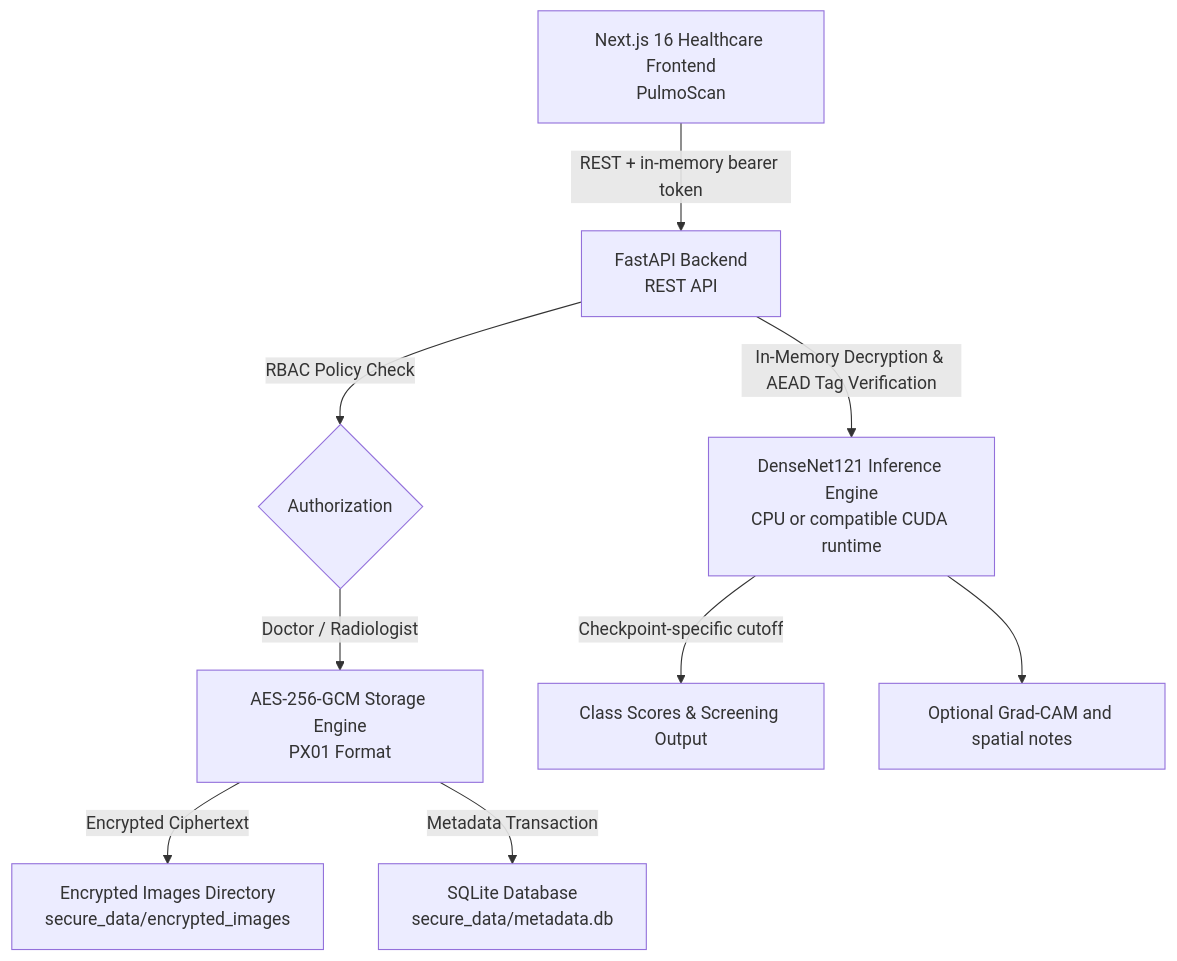
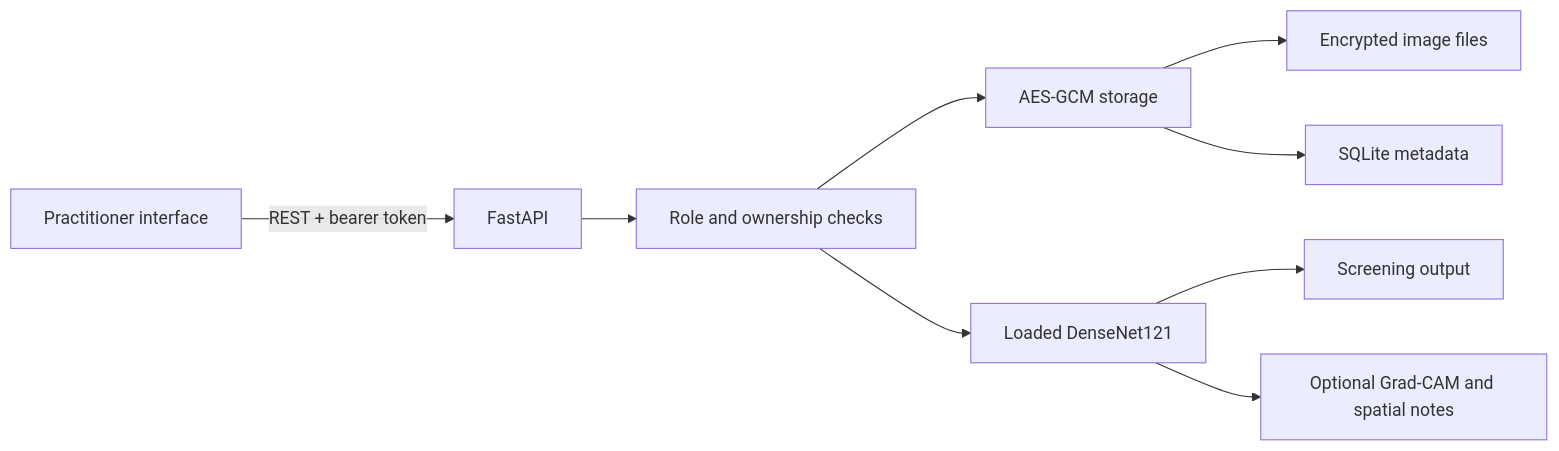
One commit to Vivekpatel2007/ISC-Project changed the diagram in README.md. Above: the diagram before and after it, drawn with Mermaid. The commit also changed other lines of this file and 12 other files, not shown here.

````diff
--- a/README.md
+++ b/README.md
@@ -71,11 +16,11 @@
 ```mermaid
-graph TD
-    A[Next.js 16 Healthcare Frontend\nPulmoScan] -->|REST + in-memory bearer token| B[FastAPI Backend\nREST API]
-    B -->|RBAC Policy Check| C{Authorization}
-    C -->|Doctor / Radiologist| D[AES-256-GCM Storage Engine\nPX01 Format]
-    D -->|Encrypted Ciphertext| E[Encrypted Images Directory\nsecure_data/encrypted_images]
-    D -->|Metadata Transaction| F[SQLite Database\nsecure_data/metadata.db]
-    B -->|In-Memory Decryption & AEAD Tag Verification| G[DenseNet121 Inference Engine\nCPU or compatible CUDA runtime]
-    G -->|Checkpoint-specific cutoff| H[Class Scores & Screening Output]
-    G --> I[Optional Grad-CAM and spatial notes]
+flowchart LR
+    Browser[Practitioner interface] -->|REST + bearer token| API[FastAPI]
+    API --> Access[Role and ownership checks]
+    Access --> Storage[AES-GCM storage]
+    Storage --> Images[Encrypted image files]
+    Storage --> DB[SQLite metadata]
+    Access --> Model[Loaded DenseNet121]
+    Model --> Result[Screening output]
+    Model --> Explanation[Optional Grad-CAM and spatial notes]
 ```
````
